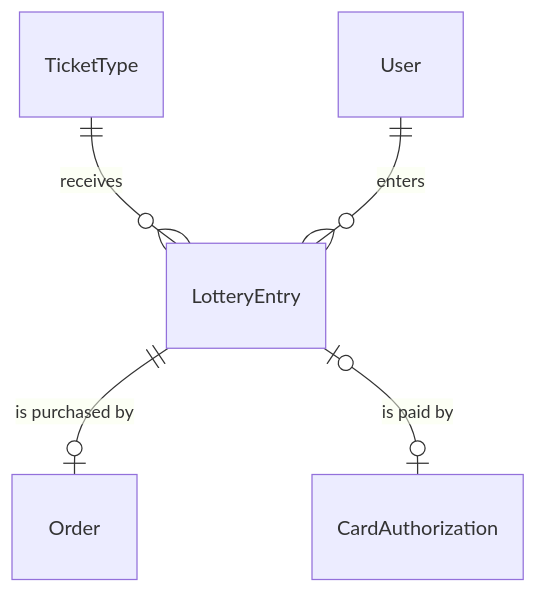
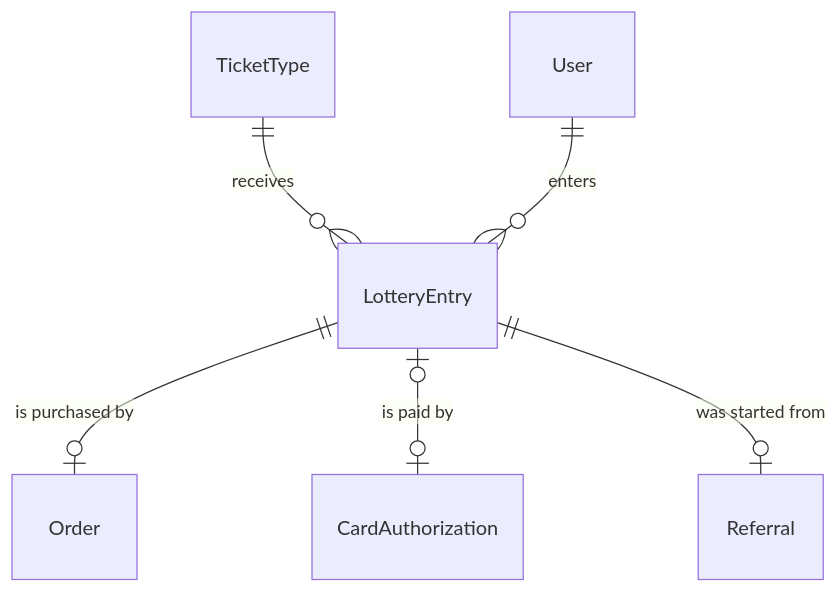
Before and after one commit to liverty-music/specification: the first of 2 diagrams in openspec/specs/components/entity/lottery-entry/spec.md, drawn with Mermaid. The commit also changed 9 other files, not shown here.

````diff
--- a/openspec/specs/components/entity/lottery-entry/spec.md
+++ b/openspec/specs/components/entity/lottery-entry/spec.md
@@ -16,7 +16,8 @@
 ```mermaid
 erDiagram
   TicketType ||--o{ LotteryEntry : "receives"
   User ||--o{ LotteryEntry : "enters"
   LotteryEntry ||--o| Order : "is purchased by"
   LotteryEntry |o--o| CardAuthorization : "is paid by"
+  LotteryEntry ||--o| Referral : "was started from"
 ```
````
